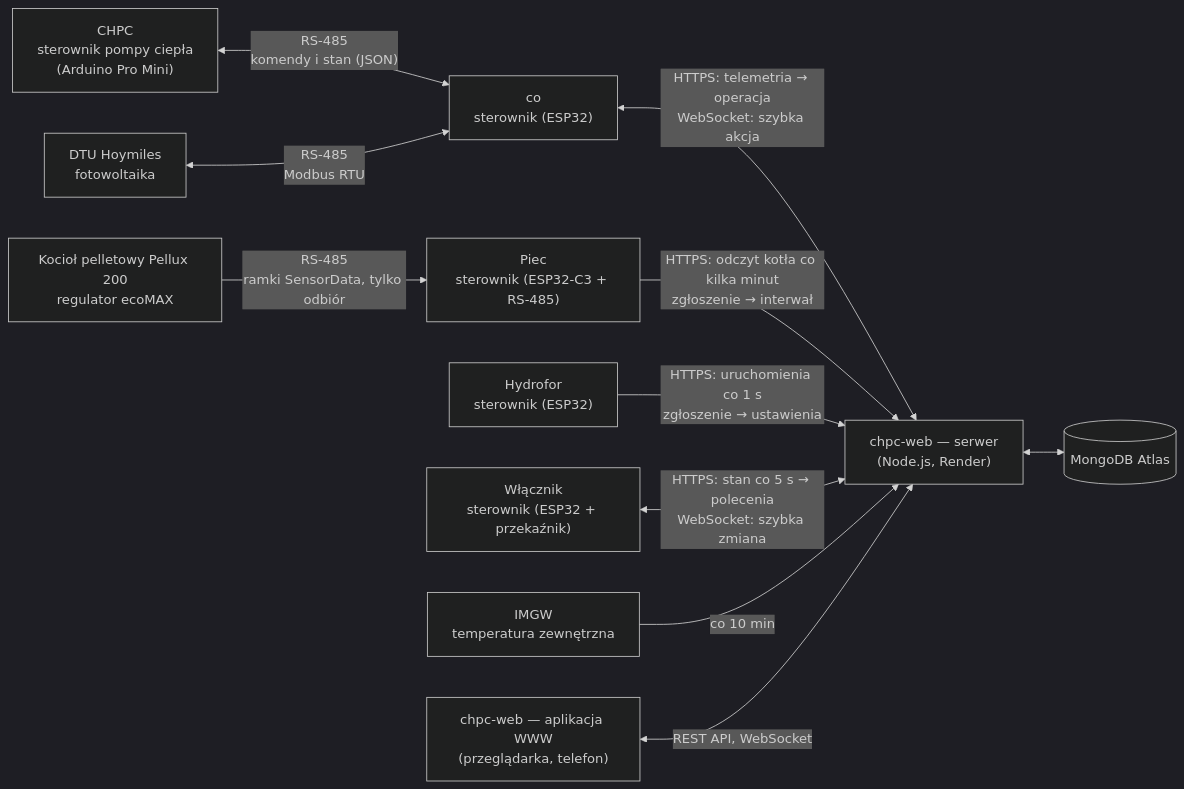
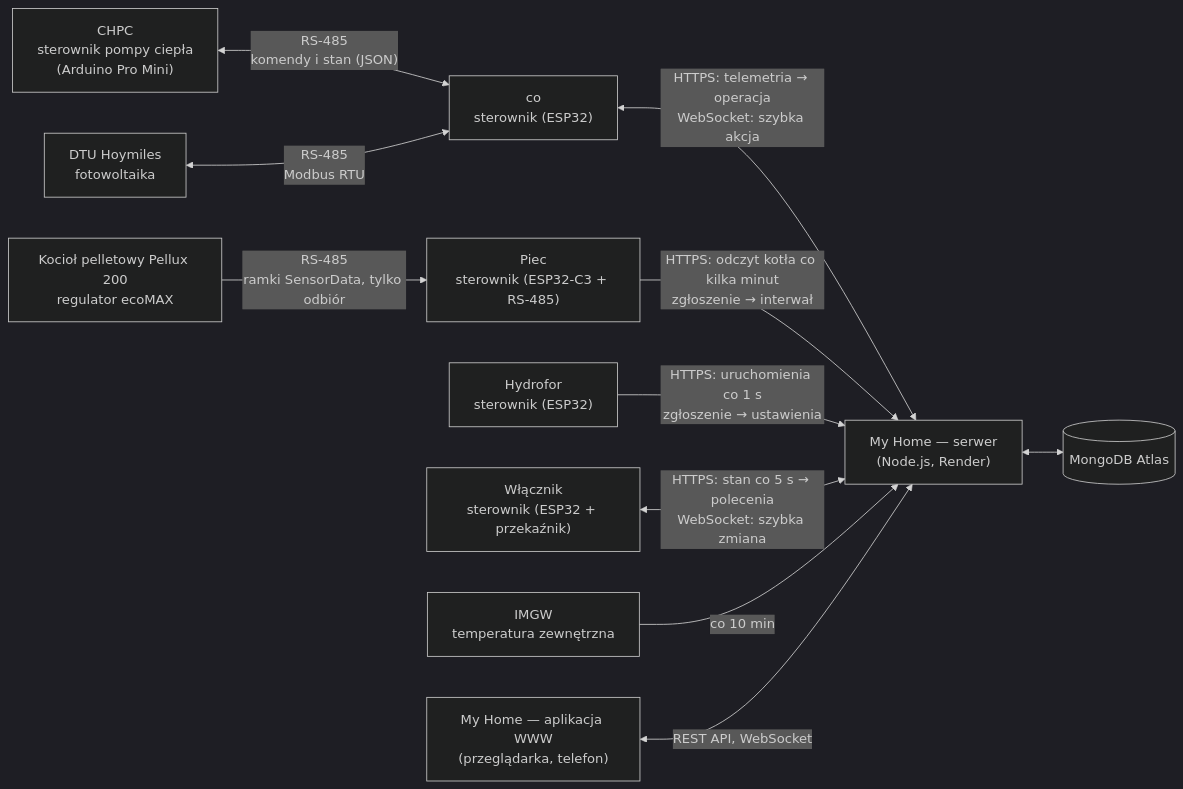
One commit to robertorlowski/chpc-web changed the diagram in docs/README.md. Above: the diagram before and after it, drawn with Mermaid (dark theme). The commit also changed other lines of this file and 37 other files, not shown here.

First line of the commit message:
Dokumentacja: nazwa systemu My Home zamiast chpc-web, README po angielsku

````diff
--- a/docs/README.md
+++ b/docs/README.md
@@ -18,25 +18,25 @@
 ```mermaid
 flowchart LR
     CHPC["CHPC<br/>sterownik pompy ciepła<br/>(Arduino Pro Mini)"]
     DTU["DTU Hoymiles<br/>fotowoltaika"]
     CO["co<br/>sterownik (ESP32)"]
     ECO["Kocioł pelletowy Pellux 200<br/>regulator ecoMAX"]
     PEL["Piec<br/>sterownik (ESP32-C3 + RS-485)"]
     HYD["Hydrofor<br/>sterownik (ESP32)"]
     SW["Włącznik<br/>sterownik (ESP32 + przekaźnik)"]
-    SRV["chpc-web — serwer<br/>(Node.js, Render)"]
+    SRV["My Home — serwer<br/>(Node.js, Render)"]
     DB[("MongoDB Atlas")]
-    WEB["chpc-web — aplikacja WWW<br/>(przeglądarka, telefon)"]
+    WEB["My Home — aplikacja WWW<br/>(przeglądarka, telefon)"]
     IMGW["IMGW<br/>temperatura zewnętrzna"]
 
     CHPC <-- "RS-485<br/>komendy i stan (JSON)" --> CO
     DTU <-- "RS-485<br/>Modbus RTU" --> CO
     ECO -- "RS-485<br/>ramki SensorData, tylko odbiór" --> PEL
     CO <-- "HTTPS: telemetria → operacja<br/>WebSocket: szybka akcja" --> SRV
     PEL -- "HTTPS: odczyt kotła co kilka minut<br/>zgłoszenie → interwał" --> SRV
     HYD -- "HTTPS: uruchomienia co 1 s<br/>zgłoszenie → ustawienia" --> SRV
     SW <-- "HTTPS: stan co 5 s → polecenia<br/>WebSocket: szybka zmiana" --> SRV
     IMGW -- "co 10 min" --> SRV
     SRV <--> DB
     WEB <-- "REST API, WebSocket" --> SRV
 ```
````
